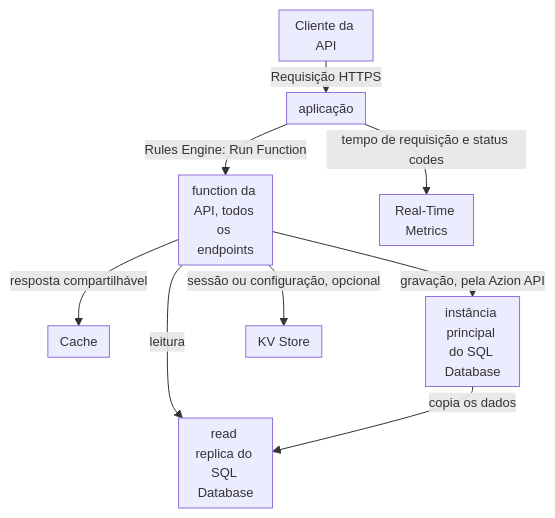
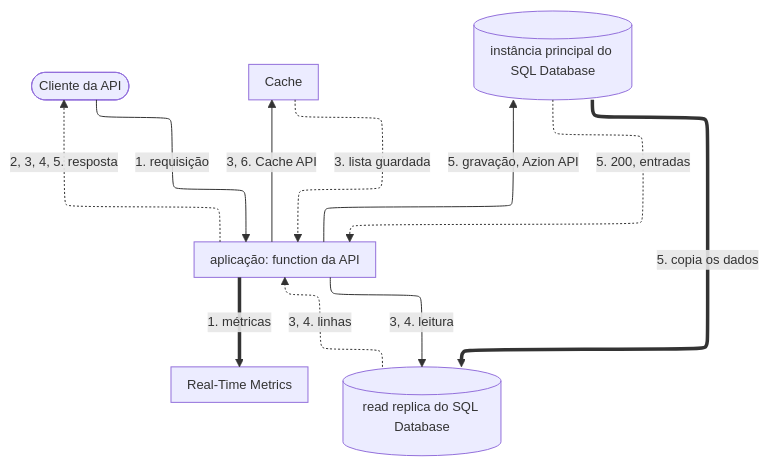
The diagram in apps/docs/src/content/docs/pt-br/pages/casos-de-uso/construir-e-executar-aplicacoes/criar-apis-rest-e-graphql.mdx (aziontech/docs), drawn with Mermaid before and after one commit. The commit also changed other lines of this file and 55 other files, not shown here.

Commit message:
docs(use-cases): redraw the use-case diagrams with the way back and check their claims (#2509)

````diff
--- a/apps/docs/src/content/docs/pt-br/pages/casos-de-uso/construir-e-executar-aplicacoes/criar-apis-rest-e-graphql.mdx
+++ b/apps/docs/src/content/docs/pt-br/pages/casos-de-uso/construir-e-executar-aplicacoes/criar-apis-rest-e-graphql.mdx
@@ -39,12 +41,20 @@
 ```mermaid
-%%{init: {"layout": "dagre", "themeVariables": {"fontSize": "13px"}, "flowchart": {"nodeSpacing": 12, "rankSpacing": 12, "padding": 6, "wrappingWidth": 70, "minNodeWidth": 40, "useMaxWidth": true}}}%%
+%%{init: {"layout": "elk", "elk": {"cycleBreakingStrategy": "MODEL_ORDER"}, "themeVariables": {"fontSize": "13px"}, "flowchart": {"nodeSpacing": 24, "rankSpacing": 36, "padding": 8, "wrappingWidth": 150, "useMaxWidth": true}, "sequence": {"width": 120, "actorMargin": 30, "useMaxWidth": true}}}%%
 flowchart TD
-  Client["Cliente da API"] -->|"Requisição HTTPS"| App["aplicação"]
-  App -->|"Rules Engine: Run Function"| Fn["function da API, todos os endpoints"]
-  Fn -->|"resposta compartilhável"| Cache["Cache"]
-  Fn -->|"leitura"| Replica["read replica do SQL Database"]
-  Fn -->|"gravação, pela Azion API"| Main["instância principal do SQL Database"]
-  Main -->|"copia os dados"| Replica
-  Fn -->|"sessão ou configuração, opcional"| KV["KV Store"]
-  App -->|"tempo de requisição e status codes"| RTM["Real-Time Metrics"]
+  Client(["Cliente da API"])
+  RTM["Real-Time Metrics"]
+  App["aplicação: function da API"]
+  Cache["Cache"]
+  Main[("instância principal do SQL Database")]
+  Replica[("read replica do SQL Database")]
+  Client -->|"1. requisição"| App
+  App -->|"3, 6. Cache API"| Cache
+  App -->|"5. gravação, Azion API"| Main
+  App -->|"3, 4. leitura"| Replica
+  Cache -.->|"3. lista guardada"| App
+  Main -.->|"5. 200, entradas"| App
+  Replica -.->|"3, 4. linhas"| App
+  App -.->|"2, 3, 4, 5. resposta"| Client
+  Main ==>|"5. copia os dados"| Replica
+  App ==>|"1. métricas"| RTM
 ```
````
